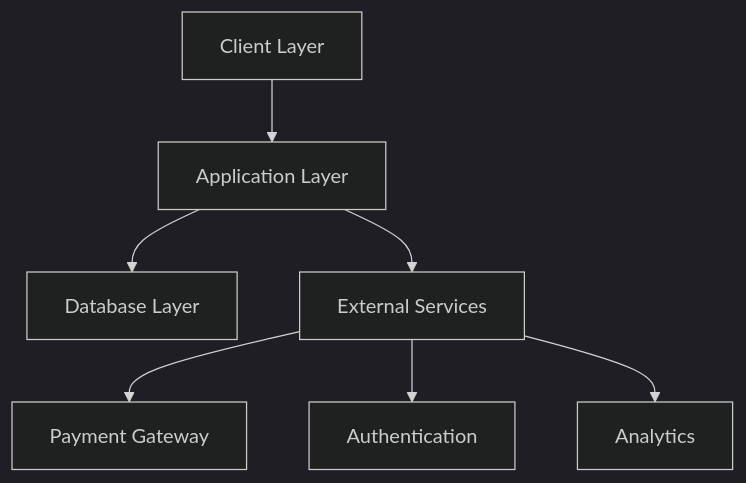
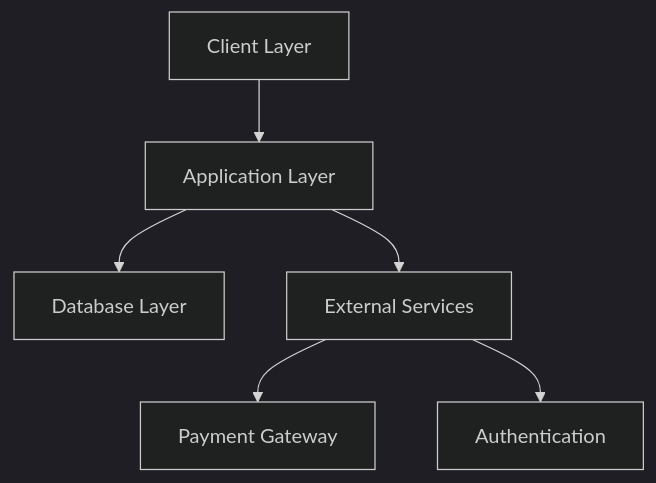
One commit to nampallyharish4/RentWheels changed the diagram in README.md. Above: the diagram before and after it, drawn with Mermaid (dark theme). The commit also changed other lines of this file, not shown here.

````diff
--- a/README.md
+++ b/README.md
@@ -68,9 +68,8 @@
 ```mermaid
 graph TD
     A[Client Layer] --> B[Application Layer]
     B --> C[Database Layer]
     B --> D[External Services]
     D --> E[Payment Gateway]
     D --> F[Authentication]
-    D --> G[Analytics]
 ```
````
